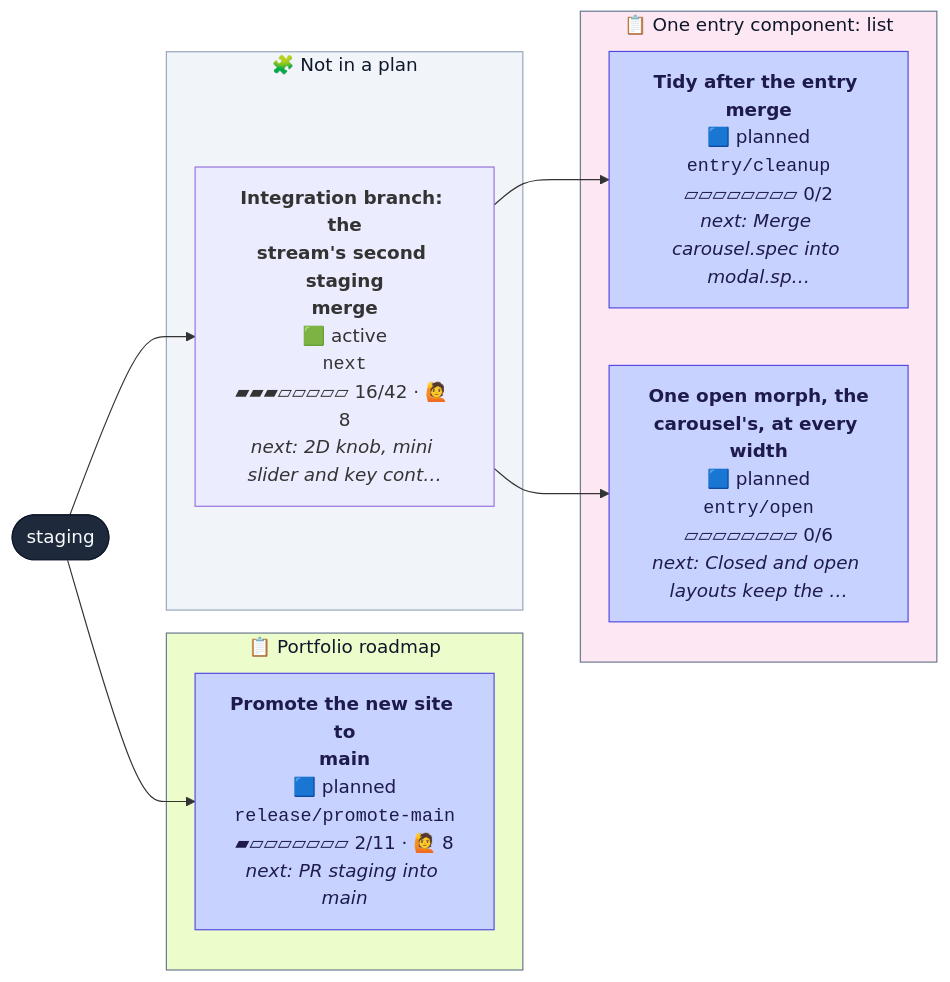
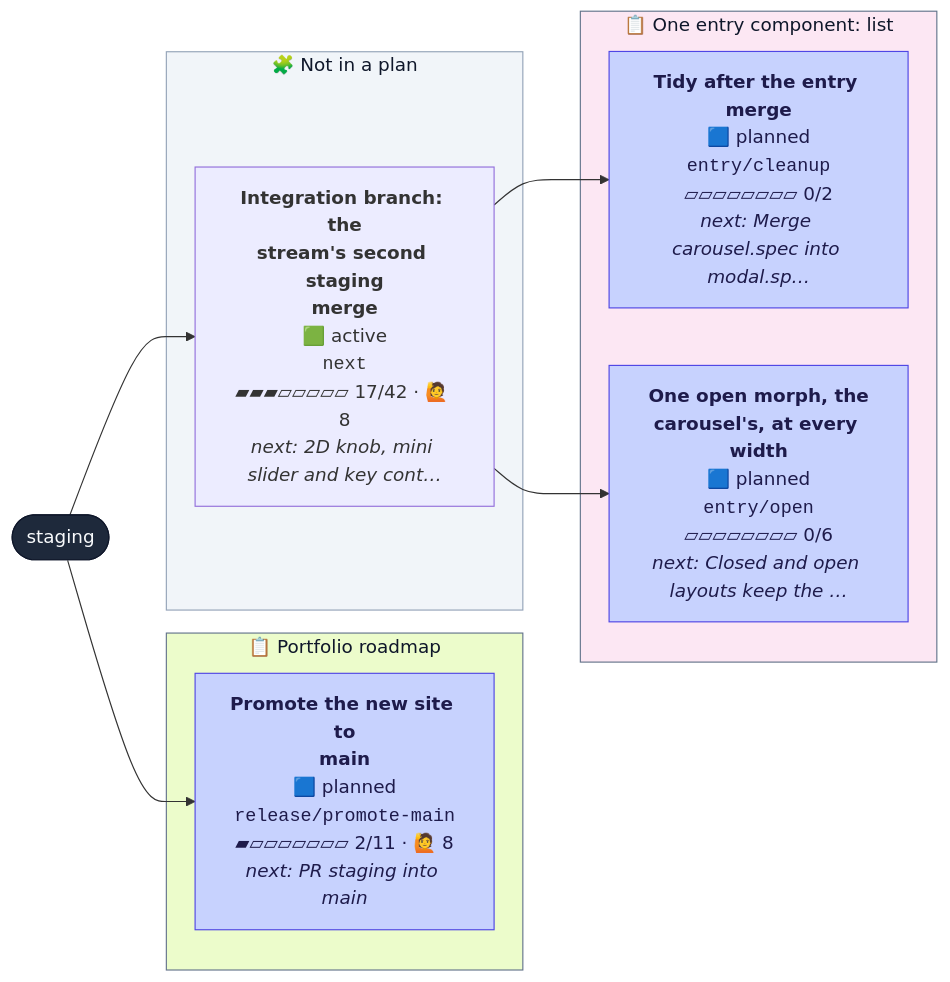
Before and after one commit to henryjonescodes/portfolio: the second of 2 diagrams in CONTRIBUTING.md, drawn with Mermaid. The commit also changed other lines of this file and 1 other file, not shown here.

````diff
--- a/CONTRIBUTING.md
+++ b/CONTRIBUTING.md
@@ -37,33 +37,33 @@
 ```mermaid
 flowchart LR
   n_staging([staging])
   class n_staging trunk
   subgraph plan_1["📋 One entry component: list"]
     n_entry_cleanup["<b>Tidy after the entry merge</b><br/>🟦 planned<br/><code>entry/cleanup</code><br/>▱▱▱▱▱▱▱▱ 0/2<br/><i>next: Merge carousel.spec into modal.sp…</i>"]
     class n_entry_cleanup planned
     n_entry_open["<b>One open morph, the<br/>carousel's, at every width</b><br/>🟦 planned<br/><code>entry/open</code><br/>▱▱▱▱▱▱▱▱ 0/6<br/><i>next: Closed and open layouts keep the …</i>"]
     class n_entry_open planned
   end
   style plan_1 fill:#fce7f3,stroke:#64748b,color:#0f172a
   subgraph plan_2["📋 Portfolio roadmap"]
     n_release_promote_main["<b>Promote the new site to<br/>main</b><br/>🟦 planned<br/><code>release/promote-main</code><br/>▰▱▱▱▱▱▱▱ 2/11 · 🙋 8<br/><i>next: PR staging into main</i>"]
     class n_release_promote_main planned
   end
   style plan_2 fill:#ecfccb,stroke:#64748b,color:#0f172a
   subgraph loose["🧩 Not in a plan"]
-    n_next["<b>Integration branch: the<br/>stream's second staging<br/>merge</b><br/>🟩 active<br/><code>next</code><br/>▰▰▰▱▱▱▱▱ 16/42 · 🙋 8<br/><i>next: 2D knob, mini slider and key cont…</i>"]
+    n_next["<b>Integration branch: the<br/>stream's second staging<br/>merge</b><br/>🟩 active<br/><code>next</code><br/>▰▰▰▱▱▱▱▱ 17/42 · 🙋 8<br/><i>next: 2D knob, mini slider and key cont…</i>"]
     class n_next active,current
   end
   style loose fill:#f1f5f9,stroke:#94a3b8,color:#0f172a
   n_next --> n_entry_cleanup
   n_next --> n_entry_open
   n_staging --> n_next
   n_staging --> n_release_promote_main
   classDef planned fill:#c7d2fe,stroke:#4f46e5,color:#1e1b4b
   classDef sketched fill:#f8fafc,stroke:#64748b,stroke-dasharray:4 3,color:#334155
   classDef active fill:#bbf7d0,stroke:#16a34a,stroke-width:3px,color:#052e16
   classDef review fill:#fde68a,stroke:#d97706,stroke-width:3px,color:#451a03
   classDef blocked fill:#fecaca,stroke:#dc2626,stroke-width:3px,color:#450a0a
   classDef trunk fill:#1e293b,stroke:#0f172a,color:#f8fafc
   classDef current stroke:#0ea5e9,stroke-width:5px
 ```
````
